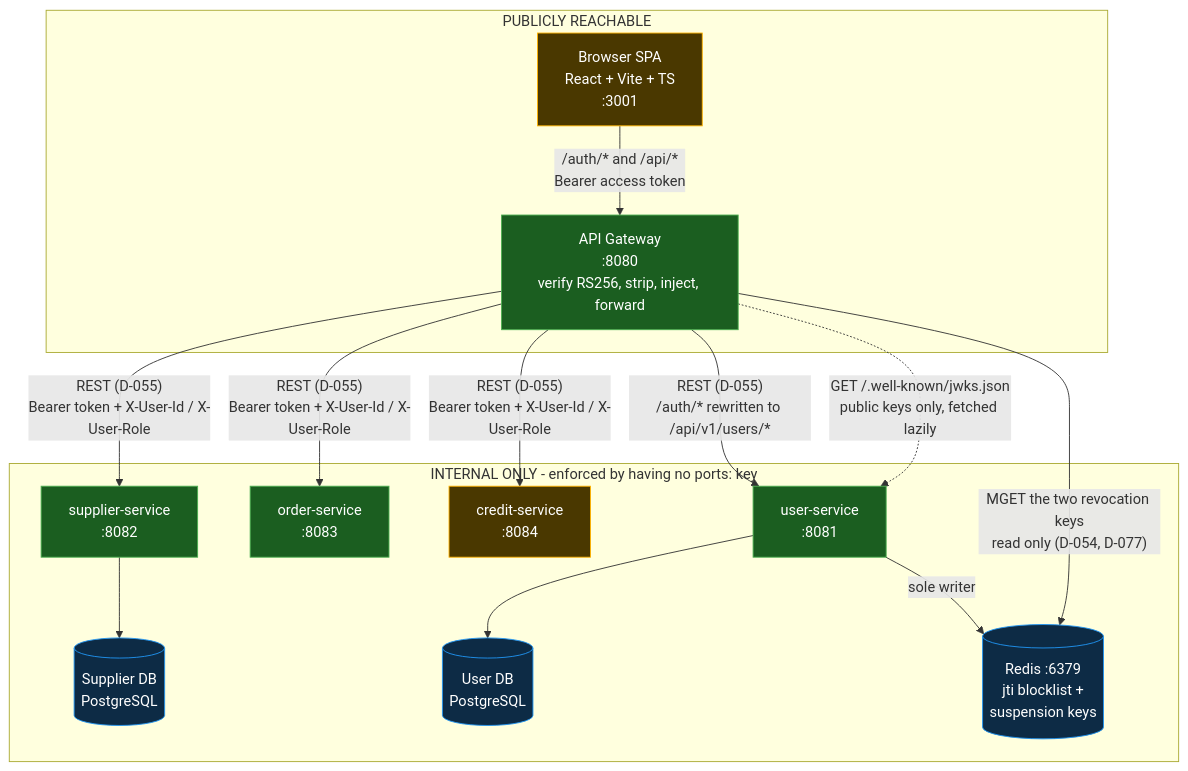
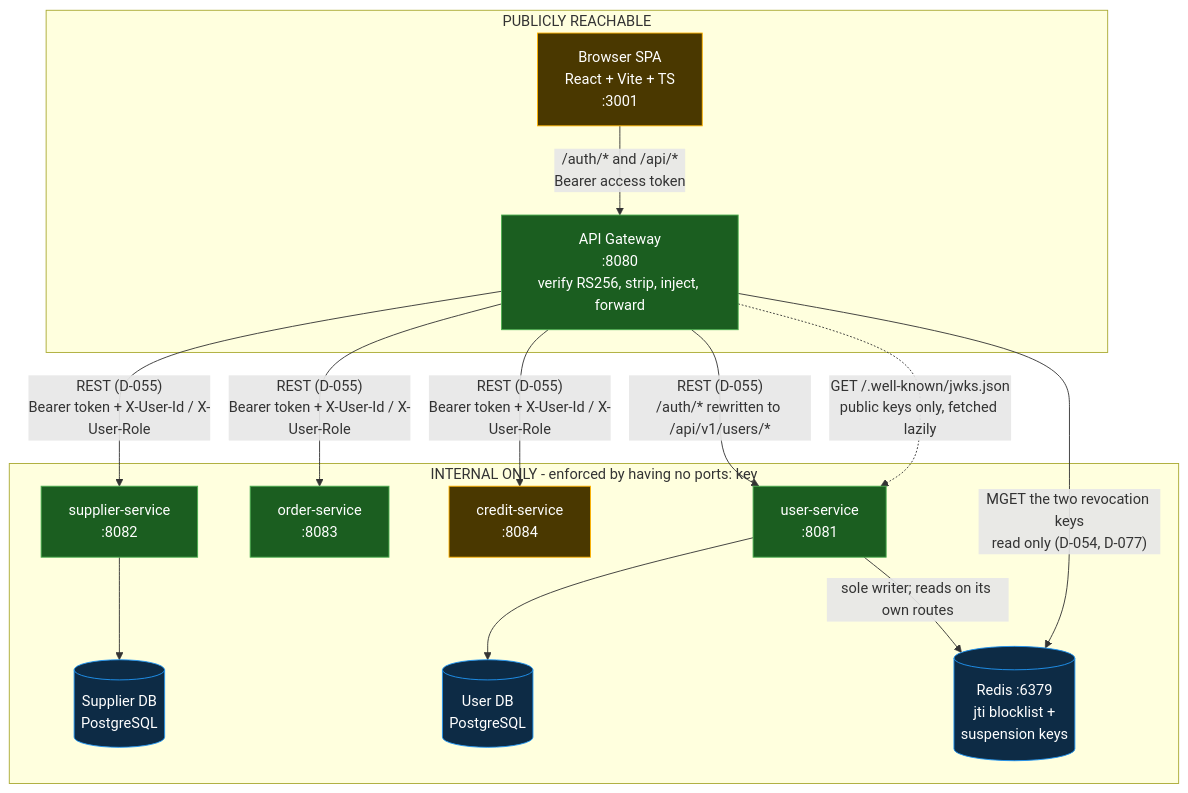
Before and after one commit to AY2627S1-CS3219-P2/FoC: the first of 6 diagrams in ai/decisions/architecture.md, drawn with Mermaid. The commit also changed other lines of this file and 24 other files, not shown here.

````diff
--- a/ai/decisions/architecture.md
+++ b/ai/decisions/architecture.md
@@ -33,38 +33,38 @@
 ```mermaid
 flowchart TB
     subgraph PUBLIC["PUBLICLY REACHABLE"]
         UI["Browser SPA<br/>React + Vite + TS<br/>:3001"]
         GW["API Gateway<br/>:8080<br/>verify RS256, strip, inject, forward"]
     end
 
     subgraph INTERNAL["INTERNAL ONLY - enforced by having no ports: key"]
         US["user-service<br/>:8081"]
         SUP["supplier-service<br/>:8082"]
         ORD["order-service<br/>:8083"]
         CRE["credit-service<br/>:8084"]
         UDB[("User DB<br/>PostgreSQL")]
         SDB[("Supplier DB<br/>PostgreSQL")]
         RDS[("Redis :6379<br/>jti blocklist +<br/>suspension keys")]
     end
 
     UI -->|"/auth/* and /api/*<br/>Bearer access token"| GW
     GW -->|"REST (D-055)<br/>Bearer token + X-User-Id / X-User-Role"| SUP
     GW -->|"REST (D-055)<br/>Bearer token + X-User-Id / X-User-Role"| ORD
     GW -->|"REST (D-055)<br/>Bearer token + X-User-Id / X-User-Role"| CRE
     GW -->|"REST (D-055)<br/>/auth/* rewritten to /api/v1/users/*"| US
     GW -.->|"GET /.well-known/jwks.json<br/>public keys only, fetched lazily"| US
     GW -->|"MGET the two revocation keys<br/>read only (D-054, D-077)"| RDS
 
     US --> UDB
     SUP --> SDB
-    US -->|"sole writer"| RDS
+    US -->|"sole writer; reads on its own routes"| RDS
 
     classDef built fill:#1b5e20,stroke:#4caf50,color:#fff
     classDef partial fill:#4a3800,stroke:#ffb300,color:#fff
     classDef absent fill:#3a1212,stroke:#c62828,color:#fff,stroke-dasharray: 4 3
     classDef store fill:#0d2b45,stroke:#2196f3,color:#fff
 
     class GW,US,SUP,ORD built
     class UI,CRE partial
     class UDB,SDB,RDS store
 ```
````
